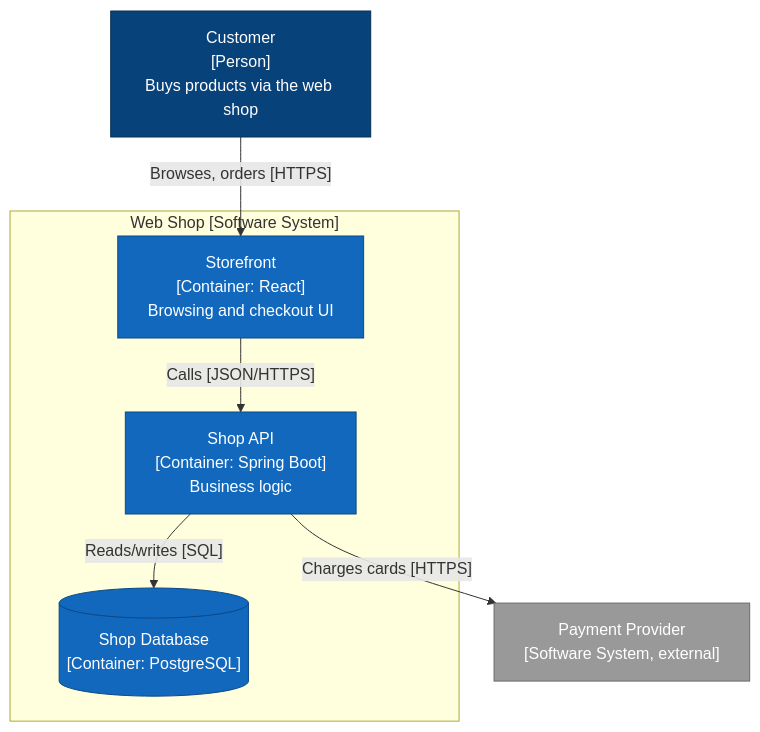
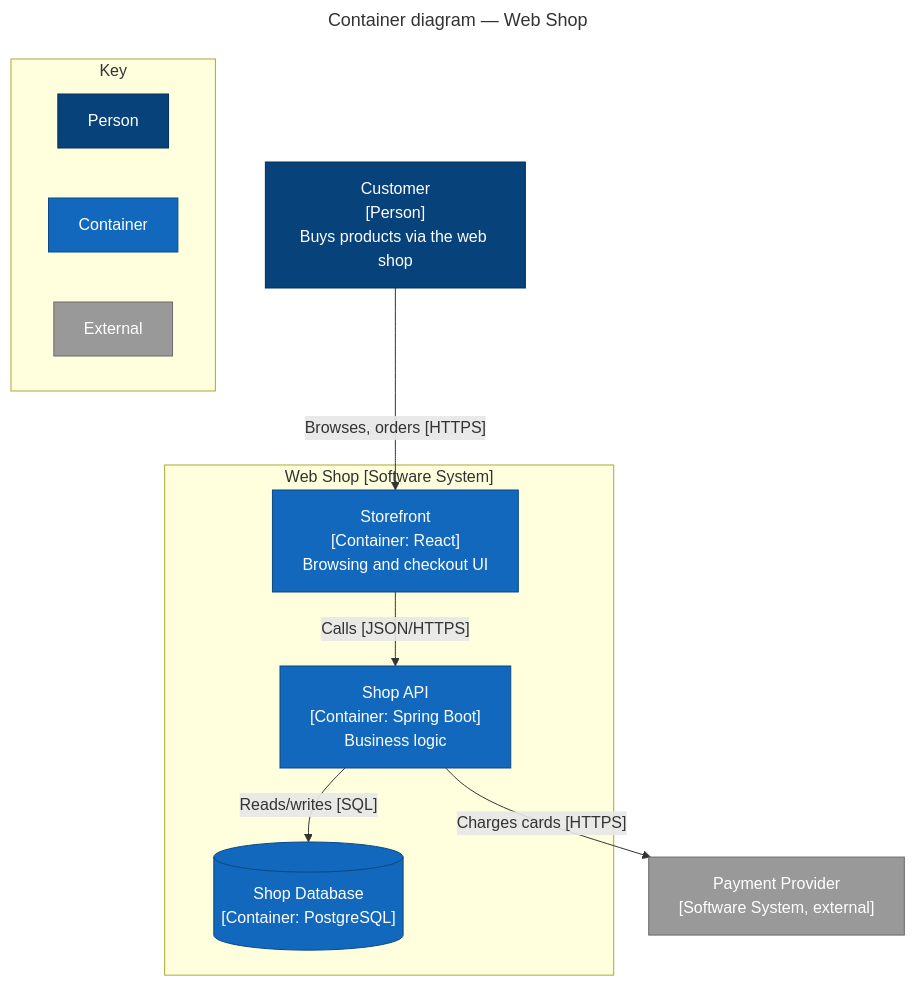
Before and after one commit to fabiandistler/agents: the second of 2 diagrams in skills/c4-modeling/references/mermaid-c4-guide.md, drawn with Mermaid.

Commit message:
fix(c4-modeling): visible title and legend for flowchart fallback (closes #177)

````diff
--- a/skills/c4-modeling/references/mermaid-c4-guide.md
+++ b/skills/c4-modeling/references/mermaid-c4-guide.md
@@ -143,26 +143,36 @@
 ```mermaid
+---
+title: Container diagram — Web Shop
+---
 flowchart TB
     accTitle: Container diagram — Web Shop
 
     customer["Customer<br/>[Person]<br/>Buys products via the web shop"]
 
     subgraph shop ["Web Shop [Software System]"]
         spa["Storefront<br/>[Container: React]<br/>Browsing and checkout UI"]
         api["Shop API<br/>[Container: Spring Boot]<br/>Business logic"]
         db[("Shop Database<br/>[Container: PostgreSQL]")]
     end
 
     payments["Payment Provider<br/>[Software System, external]"]
 
     customer -- "Browses, orders [HTTPS]" --> spa
     spa -- "Calls [JSON/HTTPS]" --> api
     api -- "Reads/writes [SQL]" --> db
     api -- "Charges cards [HTTPS]" --> payments
 
+    subgraph legend [Key]
+        direction LR
+        personKey["Person"]:::person
+        containerKey["Container"]:::container
+        externalKey["External"]:::external
+    end
+
     classDef person fill:#08427b,color:#fff,stroke:#052e56
     classDef container fill:#1168bd,color:#fff,stroke:#0b4884
     classDef external fill:#999999,color:#fff,stroke:#6b6b6b
     class customer person
     class spa,api,db container
     class payments external
 ```
````
